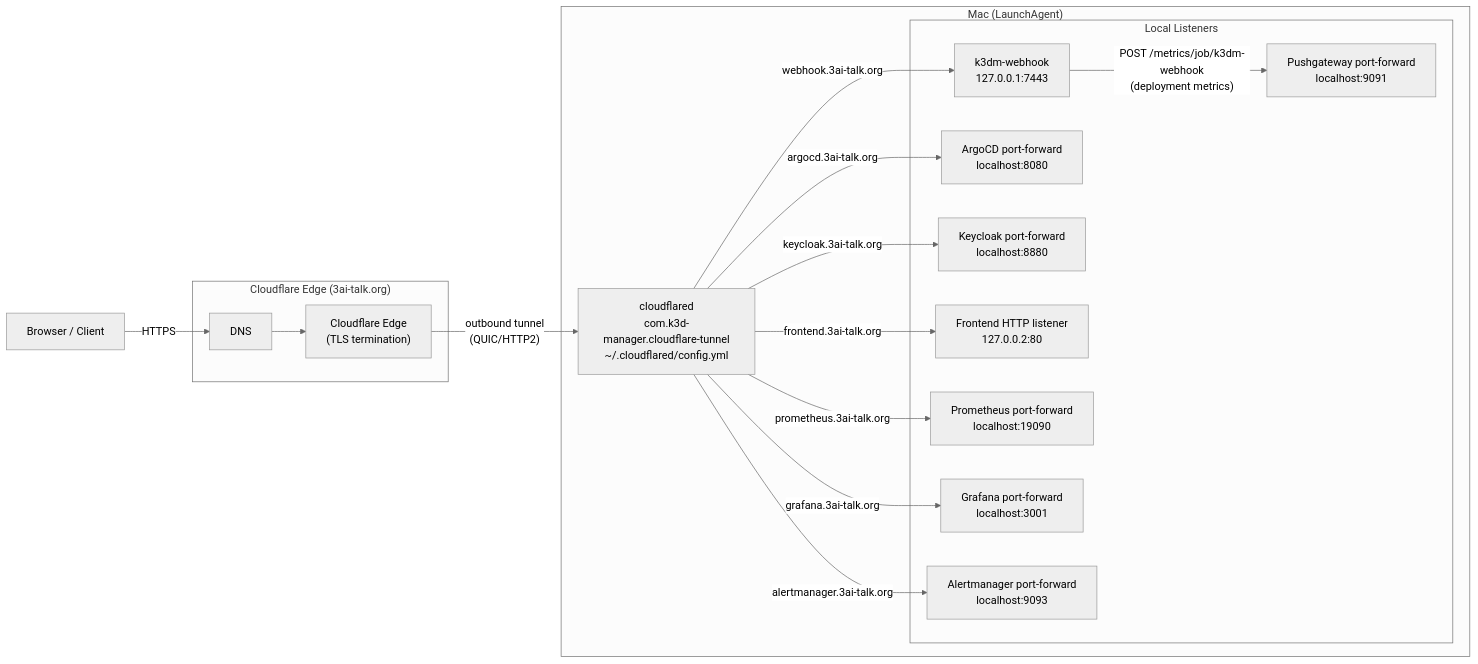
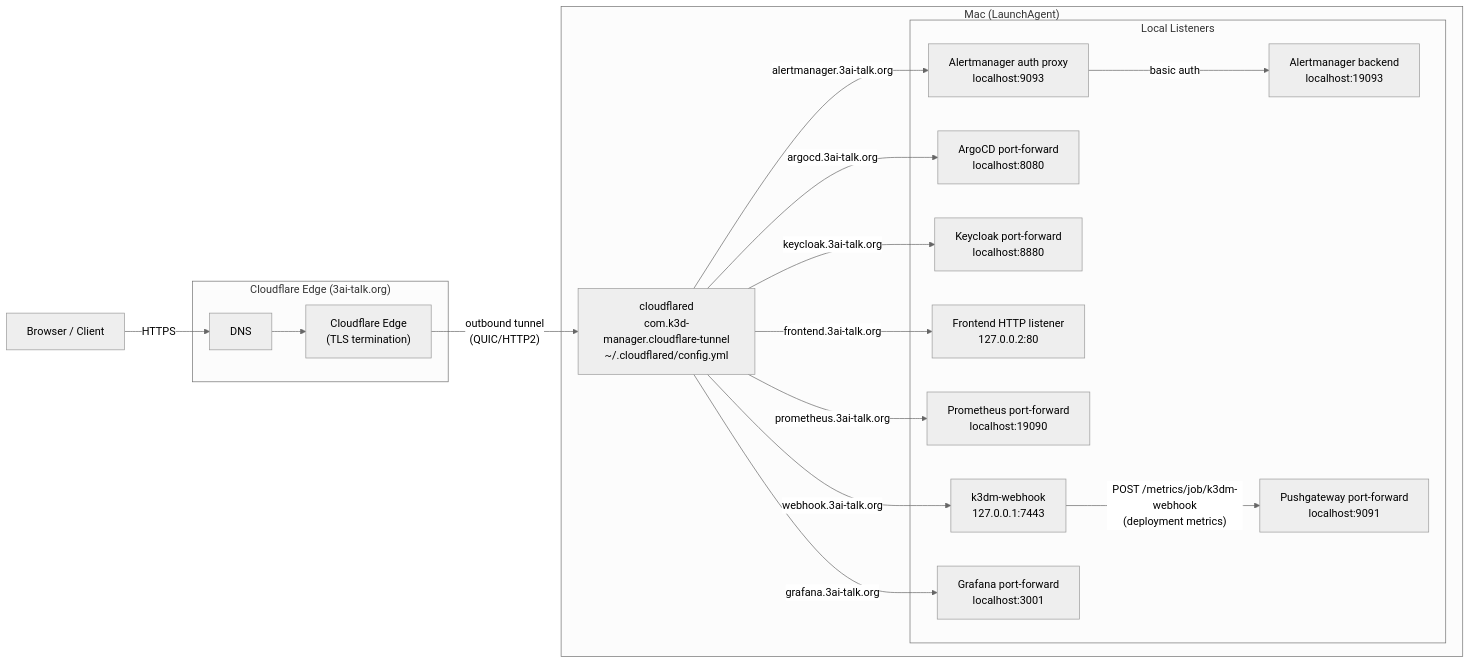
Before and after one commit to wilddog64/k3d-manager: the first of 2 diagrams in docs/architecture/cloudflare-slack-relay.md, drawn with Mermaid (neutral theme). The commit also changed other lines of this file and 13 other files, not shown here.

Commit message:
feat(observability): add alertmanager basic auth proxy

````diff
--- a/docs/architecture/cloudflare-slack-relay.md
+++ b/docs/architecture/cloudflare-slack-relay.md
@@ -15,37 +15,39 @@
 ```mermaid
 flowchart LR
     Browser["Browser / Client"]
 
     subgraph CF["Cloudflare Edge (3ai-talk.org)"]
         DNS["DNS"]
         Edge["Cloudflare Edge\n(TLS termination)"]
     end
 
     subgraph Mac["Mac (LaunchAgent)"]
         CFD["cloudflared\ncom.k3d-manager.cloudflare-tunnel\n~/.cloudflared/config.yml"]
 
         subgraph Locals["Local Listeners"]
             WH["k3dm-webhook\n127.0.0.1:7443"]
             ARGO["ArgoCD port-forward\nlocalhost:8080"]
             KC["Keycloak port-forward\nlocalhost:8880"]
             FE["Frontend HTTP listener\n127.0.0.2:80"]
             PROM["Prometheus port-forward\nlocalhost:19090"]
+            AMPROXY["Alertmanager auth proxy\nlocalhost:9093"]
+            AMRAW["Alertmanager backend\nlocalhost:19093"]
             GRAF["Grafana port-forward\nlocalhost:3001"]
-            AM["Alertmanager port-forward\nlocalhost:9093"]
             PGW["Pushgateway port-forward\nlocalhost:9091"]
         end
     end
 
     Browser -->|HTTPS| DNS
     DNS --> Edge
     Edge -->|"outbound tunnel\n(QUIC/HTTP2)"| CFD
 
     CFD -->|"webhook.3ai-talk.org"| WH
     CFD -->|"argocd.3ai-talk.org"| ARGO
     CFD -->|"keycloak.3ai-talk.org"| KC
     CFD -->|"frontend.3ai-talk.org"| FE
     CFD -->|"prometheus.3ai-talk.org"| PROM
     CFD -->|"grafana.3ai-talk.org"| GRAF
-    CFD -->|"alertmanager.3ai-talk.org"| AM
+    CFD -->|"alertmanager.3ai-talk.org"| AMPROXY
+    AMPROXY -->|"basic auth"| AMRAW
     WH -->|"POST /metrics/job/k3dm-webhook\n(deployment metrics)"| PGW
 ```
````
